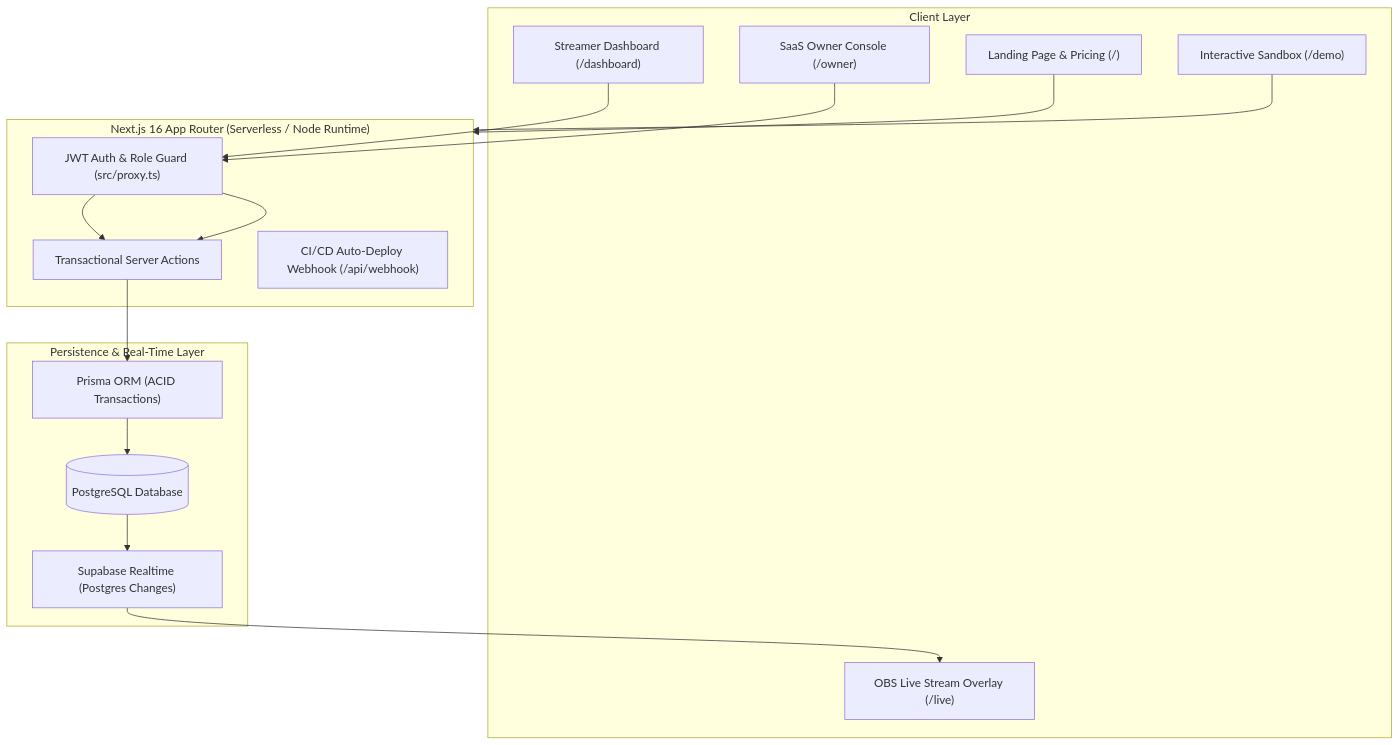
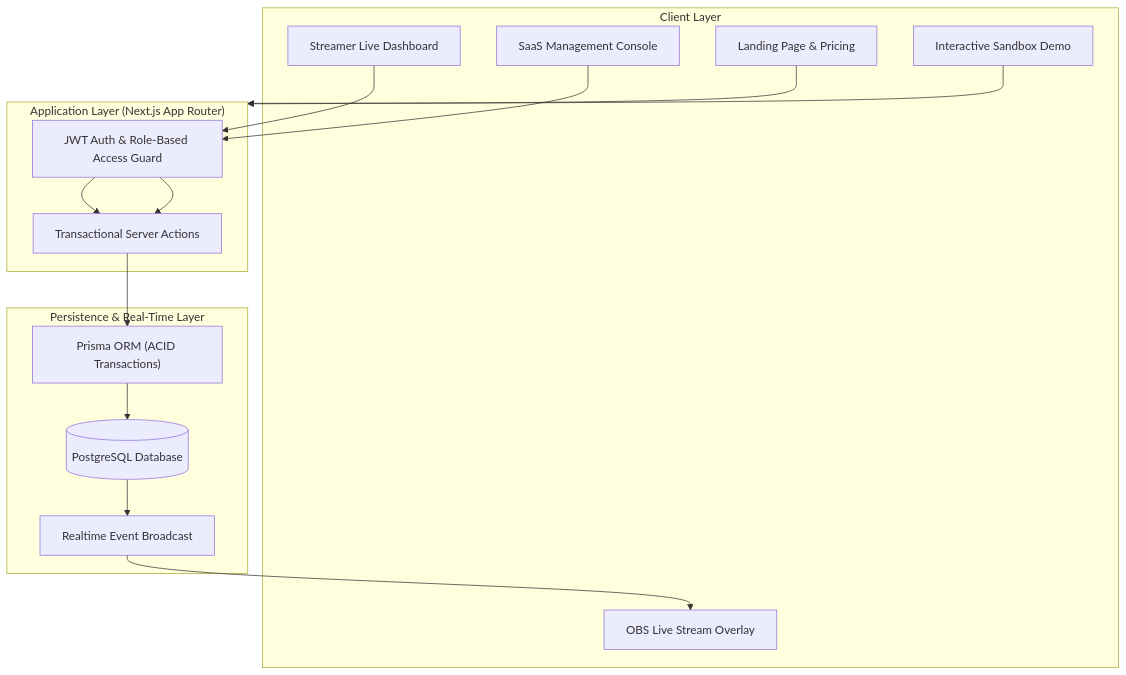
The diagram in README.md (mustofaalatasss/jokajoki), drawn with Mermaid before and after one commit. The commit also changed other lines of this file, not shown here.

````diff
--- a/README.md
+++ b/README.md
@@ -81,29 +81,28 @@
 ```mermaid
 flowchart TB
     subgraph Clients["Client Layer"]
-        Landing["Landing Page & Pricing (/)"]
-        Demo["Interactive Sandbox (/demo)"]
-        Dashboard["Streamer Dashboard (/dashboard)"]
-        OBS["OBS Live Stream Overlay (/live)"]
-        Owner["SaaS Owner Console (/owner)"]
+        Landing["Landing Page & Pricing"]
+        Demo["Interactive Sandbox Demo"]
+        Dashboard["Streamer Live Dashboard"]
+        OBS["OBS Live Stream Overlay"]
+        Admin["SaaS Management Console"]
     end
 
-    subgraph NextApp["Next.js 16 App Router (Serverless / Node Runtime)"]
-        Proxy["JWT Auth & Role Guard (src/proxy.ts)"]
+    subgraph NextApp["Application Layer (Next.js App Router)"]
+        Auth["JWT Auth & Role-Based Access Guard"]
         Actions["Transactional Server Actions"]
-        Webhook["CI/CD Auto-Deploy Webhook (/api/webhook)"]
     end
 
     subgraph DataLayer["Persistence & Real-Time Layer"]
         Prisma["Prisma ORM (ACID Transactions)"]
         Postgres[("PostgreSQL Database")]
-        Realtime["Supabase Realtime (Postgres Changes)"]
+        Realtime["Realtime Event Broadcast"]
     end
 
     Landing --> NextApp
     Demo --> NextApp
-    Dashboard --> Proxy --> Actions
-    Owner --> Proxy --> Actions
+    Dashboard --> Auth --> Actions
+    Admin --> Auth --> Actions
     Actions --> Prisma --> Postgres
     Postgres --> Realtime --> OBS
 ```
````
